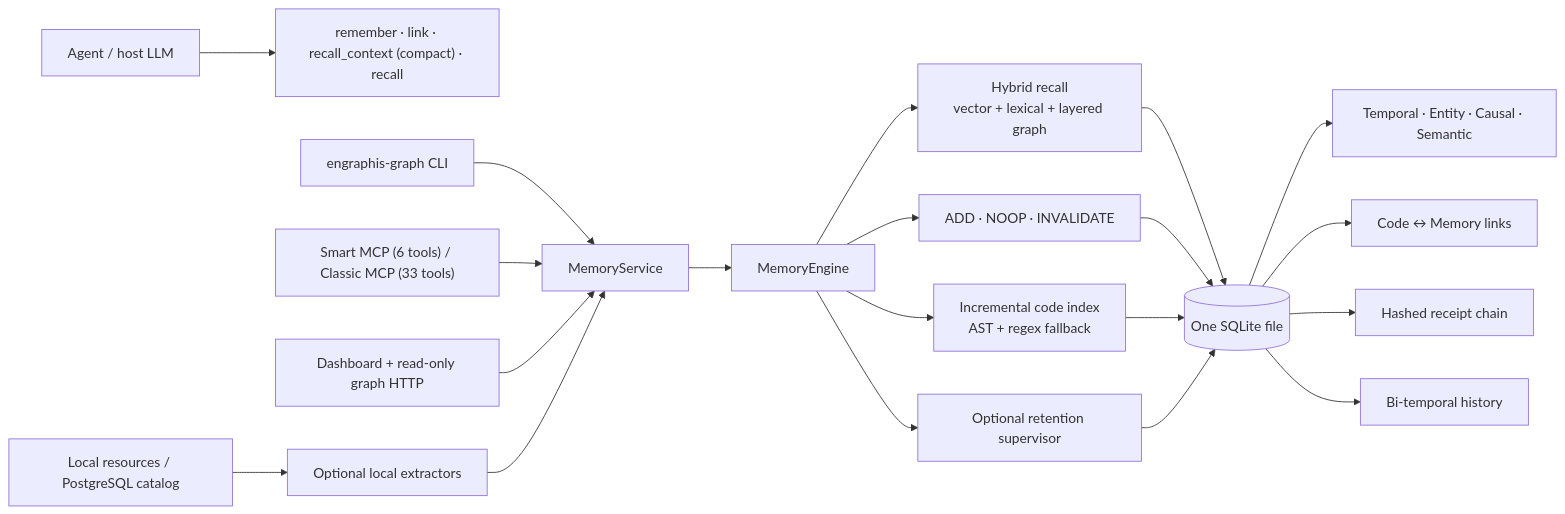
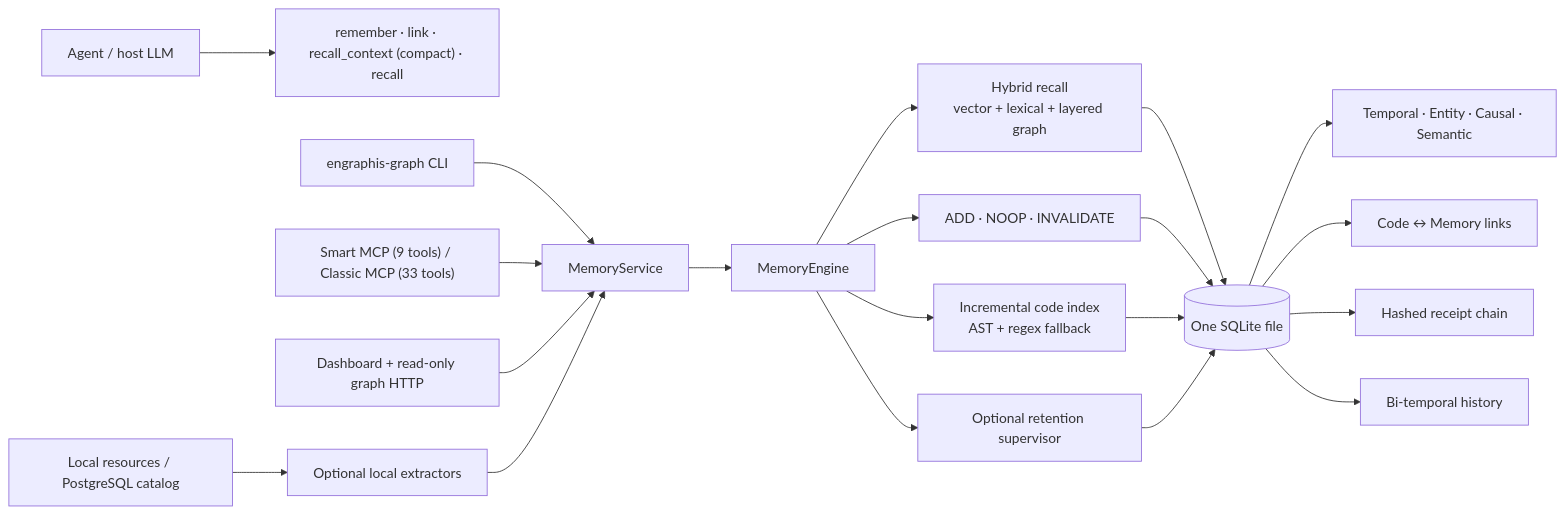
One commit to Coding-Dev-Tools/engraphis changed the diagram in docs/ARCHITECTURE_V3.md. Above: the diagram before and after it, drawn with Mermaid. The commit also changed 116 other files, not shown here.

First line of the commit message:
feat: 1.4.5 release - governed recall, schema v8, Smart gateway

````diff
--- a/docs/ARCHITECTURE_V3.md
+++ b/docs/ARCHITECTURE_V3.md
@@ -6,25 +6,25 @@
 ```mermaid
 flowchart LR
     Agent["Agent / host LLM"] --> Intent["remember · link · recall_context (compact) · recall"]
     CLI["engraphis-graph CLI"] --> Service["MemoryService"]
-    MCP["Smart MCP (6 tools) / Classic MCP (33 tools)"] --> Service
+    MCP["Smart MCP (9 tools) / Classic MCP (33 tools)"] --> Service
     HTTP["Dashboard + read-only graph HTTP"] --> Service
     Import["Local resources / PostgreSQL catalog"] --> Extractors["Optional local extractors"]
     Extractors --> Service
 
     Service --> Engine["MemoryEngine"]
     Engine --> Recall["Hybrid recall\nvector + lexical + layered graph"]
     Engine --> Resolver["ADD · NOOP · INVALIDATE"]
     Engine --> Code["Incremental code index\nAST + regex fallback"]
     Engine --> Retention["Optional retention supervisor"]
 
     Recall --> SQLite[("One SQLite file")]
     Resolver --> SQLite
     Code --> SQLite
     Retention --> SQLite
 
     SQLite --> Layers["Temporal · Entity · Causal · Semantic"]
     SQLite --> Bridge["Code ↔ Memory links"]
     SQLite --> Receipts["Hashed receipt chain"]
     SQLite --> History["Bi-temporal history"]
 ```
````
